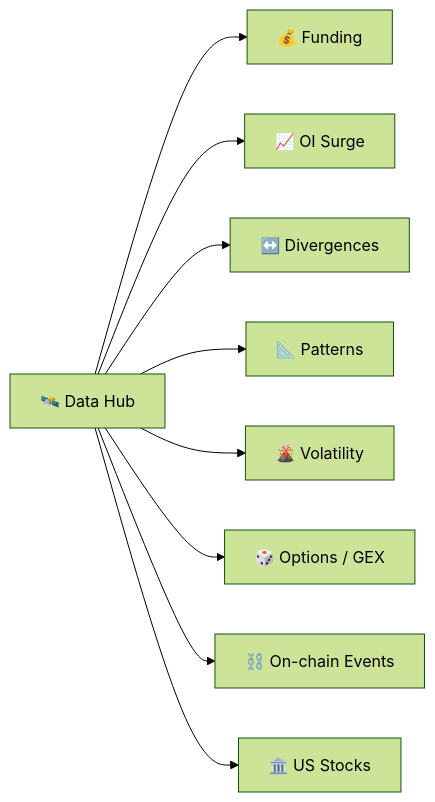
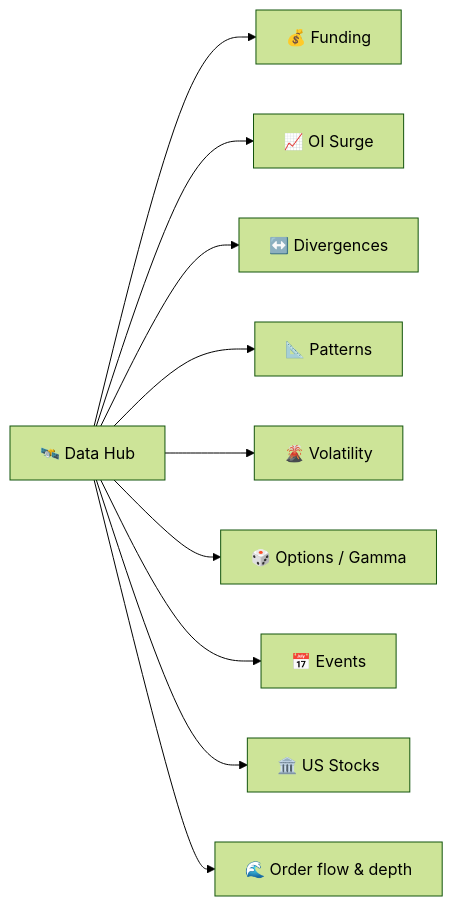
Before and after one commit to formionai/docs: the diagram in data-hub.md, drawn with Mermaid (forest theme). The commit also changed other lines of this file and 47 other files, not shown here.

````diff
--- a/data-hub.md
+++ b/data-hub.md
@@ -18,11 +18,12 @@
 ```mermaid
 flowchart LR
   D["🛰️ Data Hub"] --> F["💰 Funding"]
   D --> O["📈 OI Surge"]
   D --> DV["↔️ Divergences"]
   D --> P["📐 Patterns"]
   D --> V["🌋 Volatility"]
-  D --> OP["🎲 Options / GEX"]
-  D --> E["⛓️ On-chain Events"]
+  D --> OP["🎲 Options / Gamma"]
+  D --> E["📅 Events"]
   D --> US["🏛️ US Stocks"]
+  D --> OF["🌊 Order flow & depth"]
 ```
````
